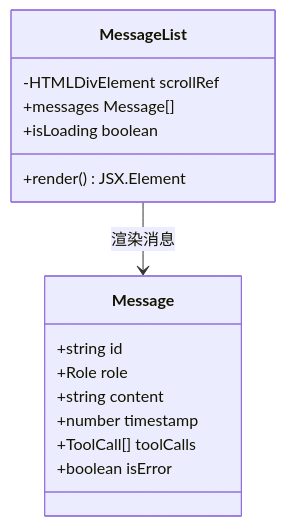
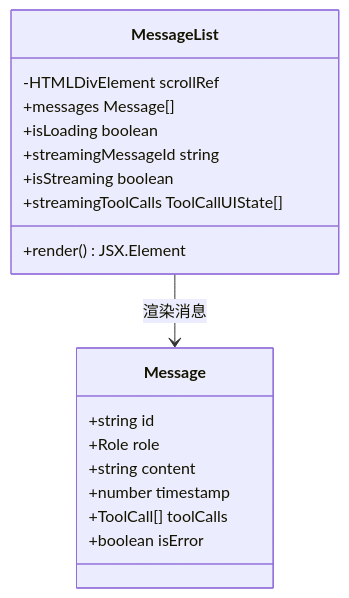
One commit to CryptoLinxu/Web3-AI-Agent changed the fourth of 11 diagrams in .qoder/repowiki/zh/content/项目概述/学习笔记.md. Above: the diagram before and after it, drawn with Mermaid. The commit also changed other lines of this file and 3 other files, not shown here.

````diff
--- a/.qoder/repowiki/zh/content/项目概述/学习笔记.md
+++ b/.qoder/repowiki/zh/content/项目概述/学习笔记.md
@@ -179,18 +185,21 @@
 ```mermaid
 classDiagram
 class MessageList {
 -HTMLDivElement scrollRef
 +messages Message[]
 +isLoading boolean
++streamingMessageId string
++isStreaming boolean
++streamingToolCalls ToolCallUIState[]
 +render() JSX.Element
 }
 class Message {
 +string id
 +Role role
 +string content
 +number timestamp
 +ToolCall[] toolCalls
 +boolean isError
 }
 MessageList --> Message : 渲染消息
 ```
````
